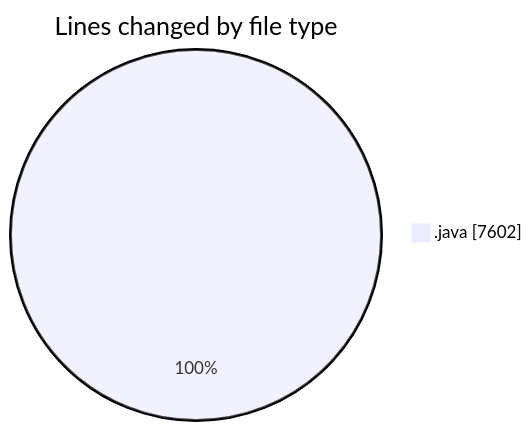
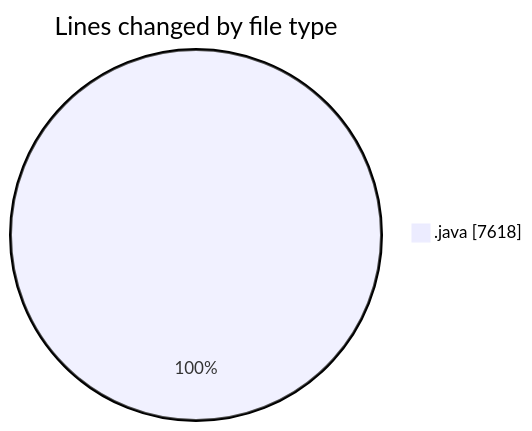
The first of 2 diagrams in 2026-03-27/cilapp/README.md (ricardozamudiocil/code-tracking), drawn with Mermaid before and after one commit. The commit also changed other lines of this file and 1 other file, not shown here.

````diff
--- a/2026-03-27/cilapp/README.md
+++ b/2026-03-27/cilapp/README.md
@@ -24,5 +24,5 @@
 ```mermaid
 pie showData
 title Lines changed by file type
-".java" : 7602
+".java" : 7618
 ```
````
